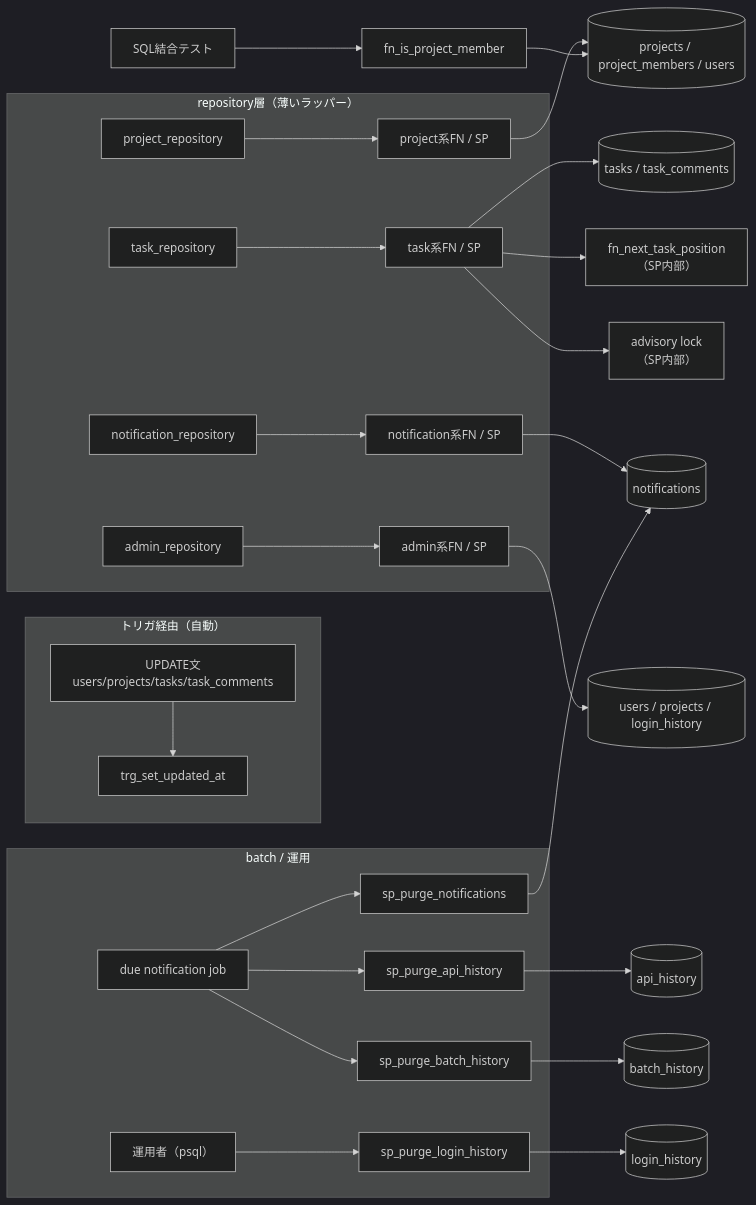
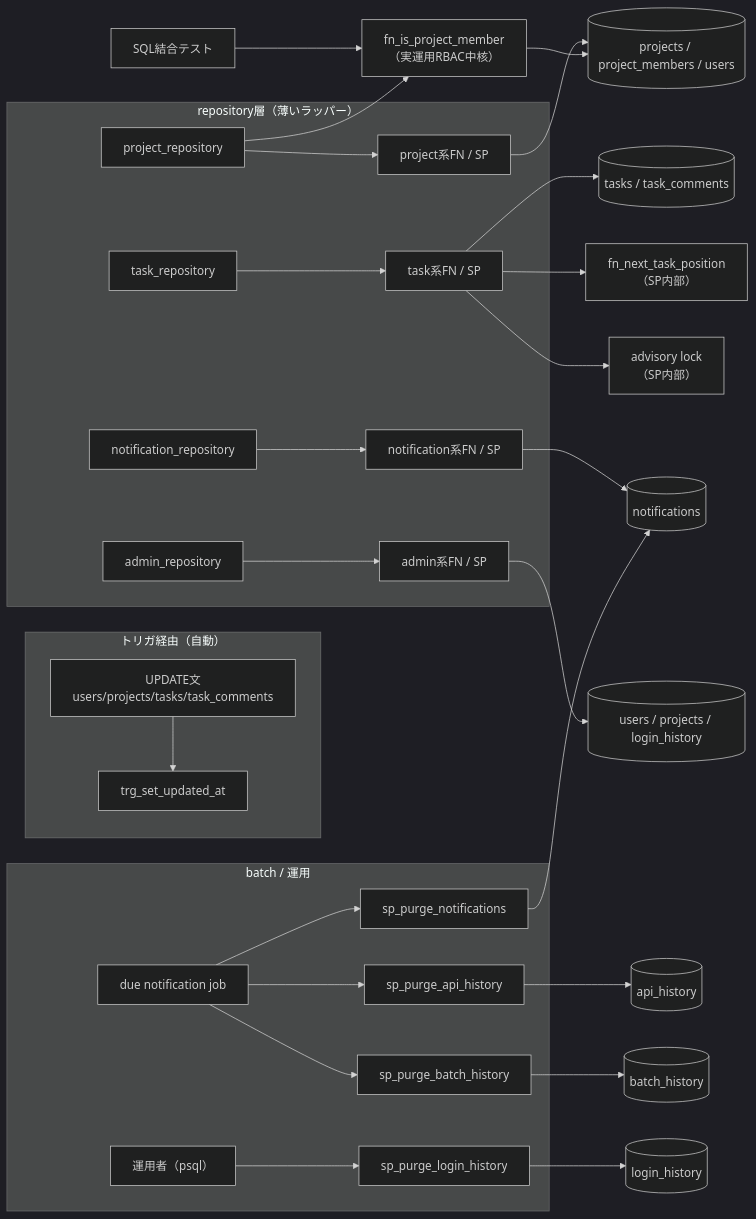
The diagram in detailed_design/database/08_db_functions.md (oikawa-d/task_management), drawn with Mermaid (dark theme) before and after one commit. The commit also changed other lines of this file and 2 other files, not shown here.

First line of the commit message:
docs: #12 phase1不整合の修正(INVALID_STATE重複・関数相関図・UUID採番方針)

````diff
--- a/detailed_design/database/08_db_functions.md
+++ b/detailed_design/database/08_db_functions.md
@@ -392,32 +394,33 @@
 ```mermaid
 flowchart LR
     subgraph trigger["トリガ経由（自動）"]
         UPD["UPDATE文<br/>users/projects/tasks/task_comments"] --> TRG["trg_set_updated_at"]
     end
 
     subgraph repo["repository層（薄いラッパー）"]
         PR["project_repository"] --> PF["project系FN / SP"]
         TR["task_repository"] --> TF["task系FN / SP"]
         NR["notification_repository"] --> NF["notification系FN / SP"]
         AR["admin_repository"] --> AF["admin系FN / SP"]
     end
     PF --> PT[("projects / project_members / users")]
     TF --> TT[("tasks / task_comments")]
     NF --> NT[("notifications")]
     AF --> AT[("users / projects / login_history")]
     TF --> FN1["fn_next_task_position<br/>（SP内部）"]
     TF --> LOCK["advisory lock<br/>（SP内部）"]
+    PR --> FN2["fn_is_project_member<br/>（実運用RBAC中核）"]
 
     subgraph batch["batch / 運用"]
         JOB["due notification job"] --> SNP["sp_purge_notifications"]
         JOB --> SAP["sp_purge_api_history"]
         JOB --> SBH["sp_purge_batch_history"]
         OPS["運用者（psql）"] --> SP["sp_purge_login_history"]
     end
     SNP --> NT
     SAP --> APIH[("api_history")]
     SBH --> BATH[("batch_history")]
     SP --> LH[("login_history")]
-    TEST["SQL結合テスト"] --> FN2["fn_is_project_member"]
+    TEST["SQL結合テスト"] --> FN2
     FN2 --> PT
 ```
````
